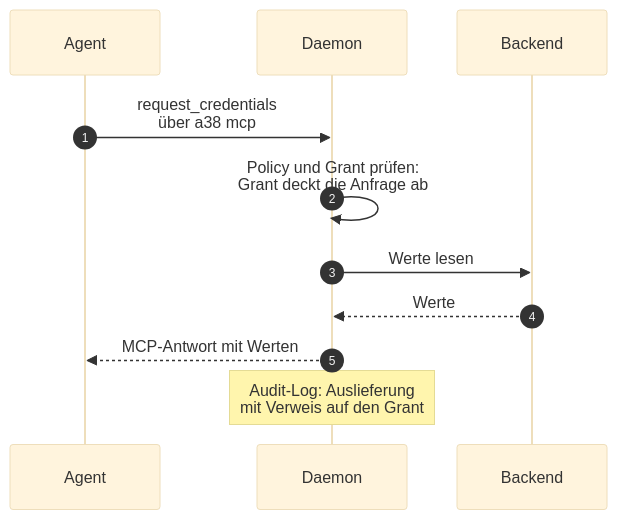
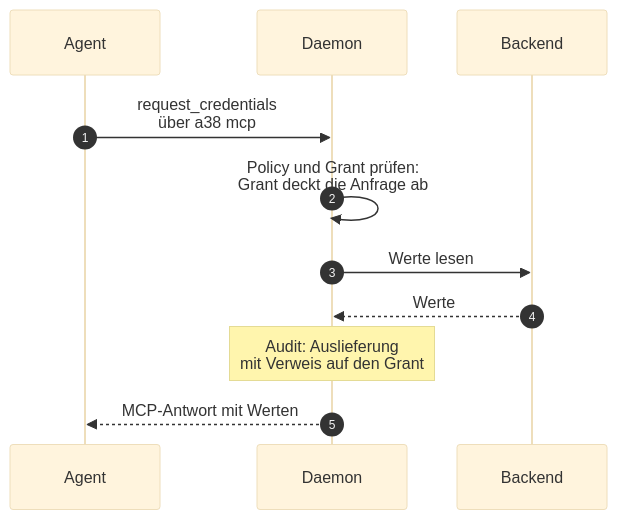
The diagram in docs/design/use-cases/UC2_ein-agent-fordert-zugangsdaten-im.md (seletz/passierschein), drawn with Mermaid (base theme) before and after one commit. The commit also changed 15 other files, not shown here.

````diff
--- a/docs/design/use-cases/UC2_ein-agent-fordert-zugangsdaten-im.md
+++ b/docs/design/use-cases/UC2_ein-agent-fordert-zugangsdaten-im.md
@@ -23,13 +23,13 @@
 ```mermaid
 sequenceDiagram
     autonumber
     participant A as Agent
     participant D as Daemon
     participant B as Backend
     A->>D: request_credentials<br/>über a38 mcp
     D->>D: Policy und Grant prüfen:<br/>Grant deckt die Anfrage ab
     D->>B: Werte lesen
     B-->>D: Werte
+    Note over D: Audit: Auslieferung<br/>mit Verweis auf den Grant
     D-->>A: MCP-Antwort mit Werten
-    Note over D: Audit-Log: Auslieferung<br/>mit Verweis auf den Grant
 ```
````
